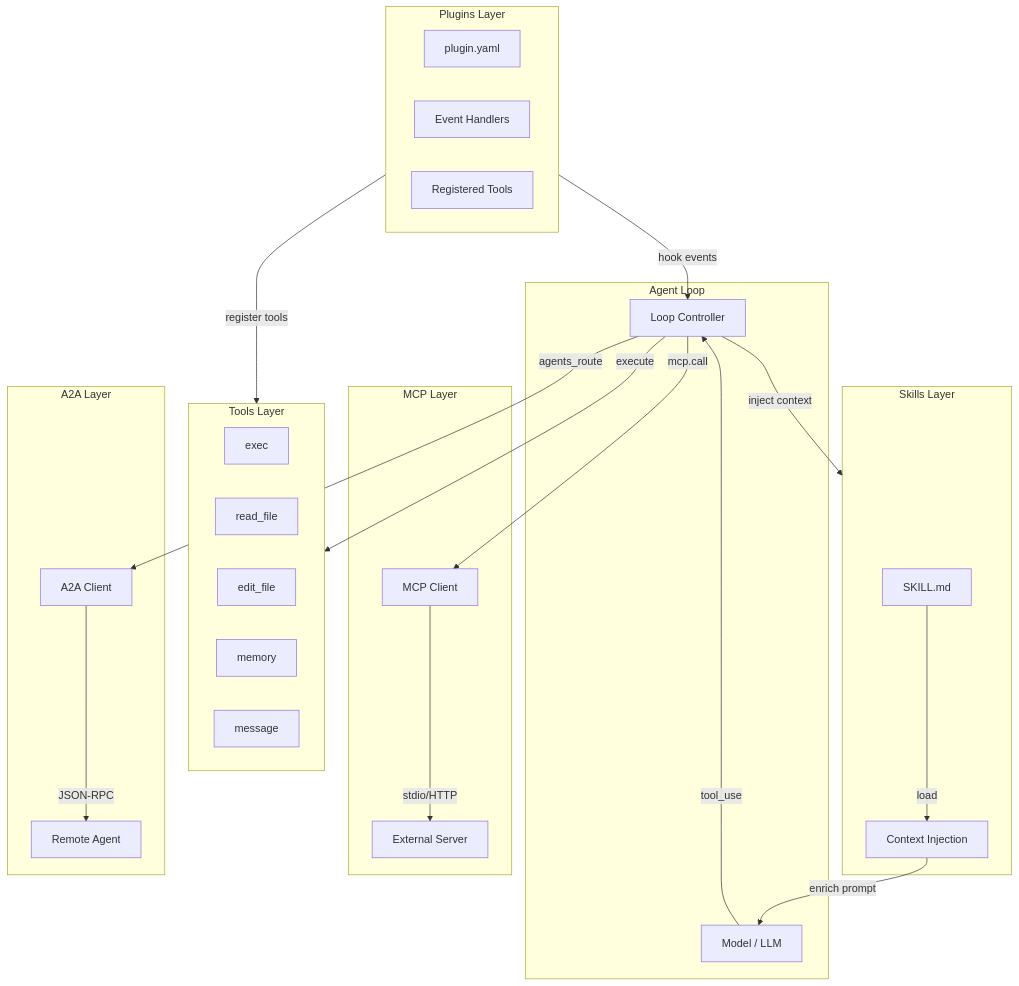
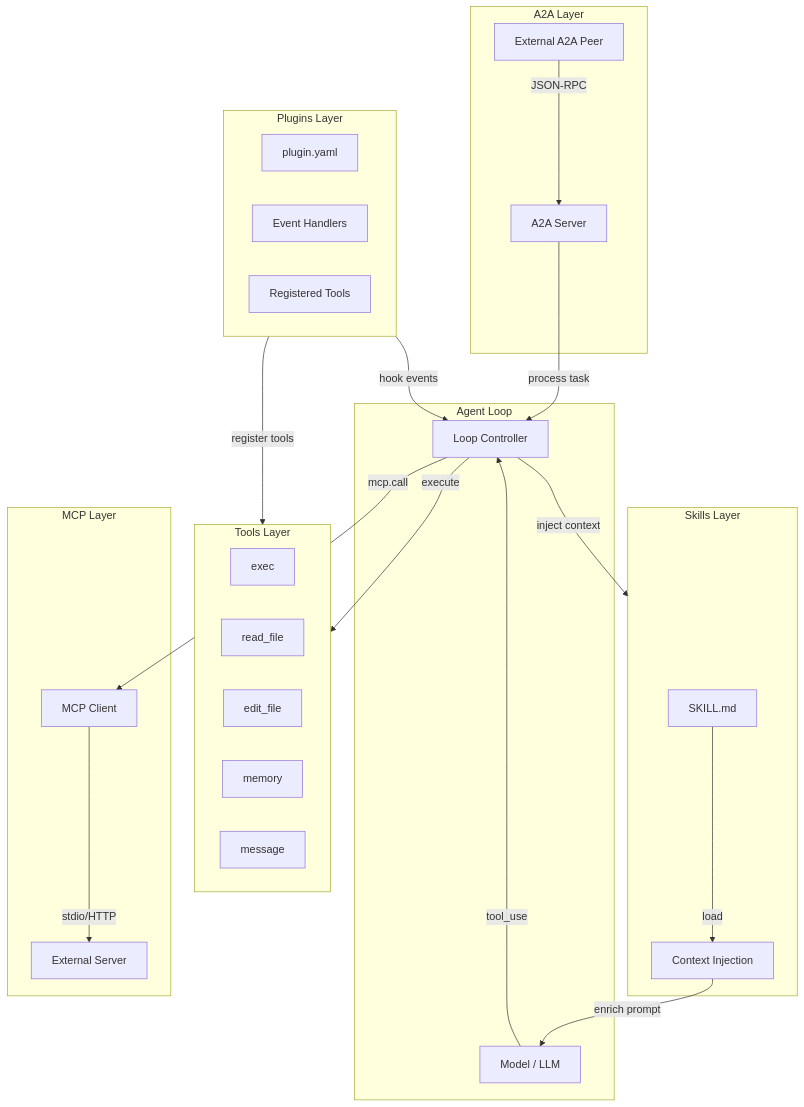
The first of 2 diagrams in docs/concepts/skills-tools-plugins.en.md (fuyuxiang/echo-agent), drawn with Mermaid before and after one commit. The commit also changed other lines of this file and 194 other files, not shown here.

````diff
--- a/docs/concepts/skills-tools-plugins.en.md
+++ b/docs/concepts/skills-tools-plugins.en.md
@@ -178,48 +182,48 @@
 ```mermaid
 graph TB
     subgraph AgentLoop["Agent Loop"]
         MODEL[Model / LLM]
         LOOP[Loop Controller]
     end
 
     subgraph Tools["Tools Layer"]
         T1[exec]
         T2[read_file]
         T3[edit_file]
         T4[memory]
         T5[message]
     end
 
     subgraph Skills["Skills Layer"]
         S1[SKILL.md]
         S2[Context Injection]
     end
 
     subgraph Plugins["Plugins Layer"]
         P1[plugin.yaml]
         P2[Event Handlers]
         P3[Registered Tools]
     end
 
     subgraph MCP["MCP Layer"]
         M1[MCP Client]
         M2[External Server]
     end
 
     subgraph A2A["A2A Layer"]
-        A1[A2A Client]
-        A2[Remote Agent]
+        A1[External A2A Peer]
+        A2[A2A Server]
     end
 
     MODEL -->|tool_use| LOOP
     LOOP -->|execute| Tools
     LOOP -->|inject context| Skills
     Plugins -->|register tools| Tools
     Plugins -->|hook events| LOOP
     LOOP -->|mcp.call| M1
     M1 -->|stdio/HTTP| M2
-    LOOP -->|agents_route| A1
     A1 -->|JSON-RPC| A2
+    A2 -->|process task| LOOP
     S1 -->|load| S2
     S2 -->|enrich prompt| MODEL
 ```
````
